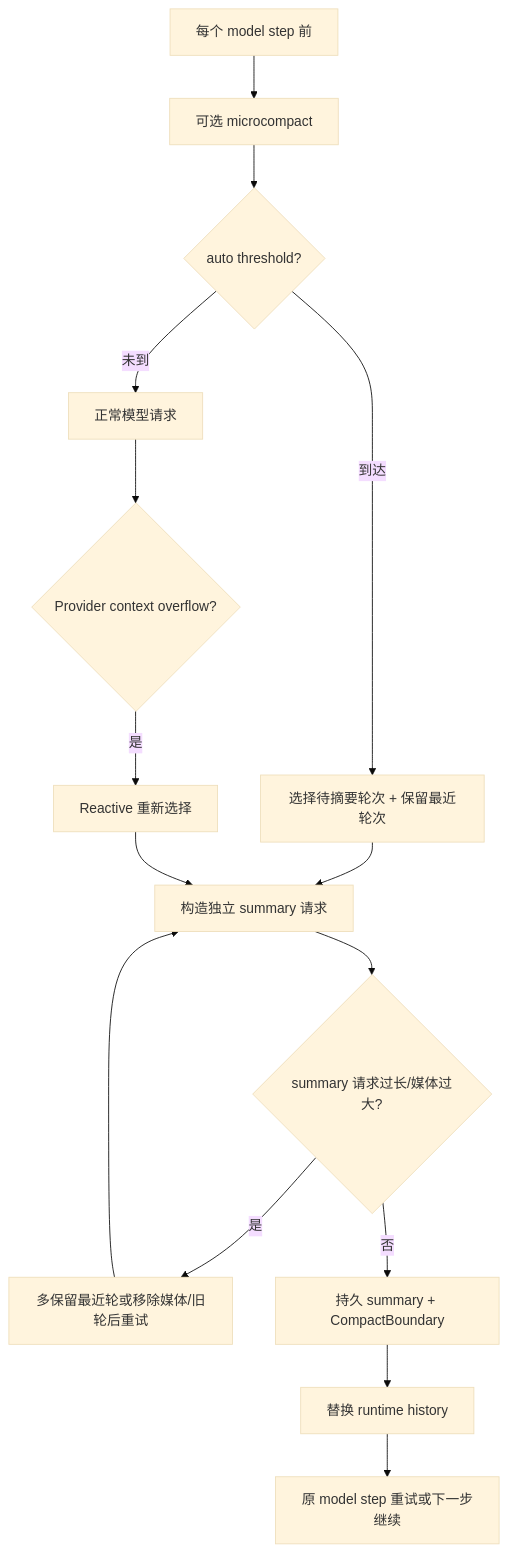
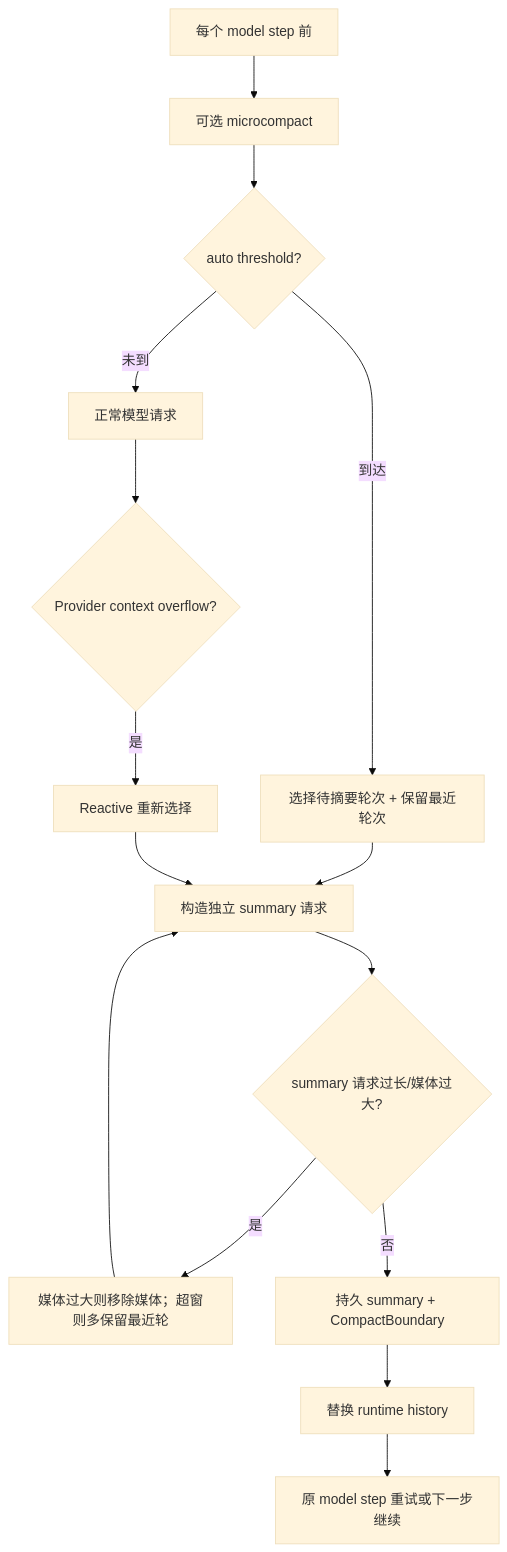
One commit to tao2years/ZCode_Analysis changed the diagram in research/code-agent/topics/b-compaction.md. Above: the diagram before and after it, drawn with Mermaid (base theme). The commit also changed other lines of this file and 14 other files, not shown here.

````diff
--- a/research/code-agent/topics/b-compaction.md
+++ b/research/code-agent/topics/b-compaction.md
@@ -9,17 +9,17 @@
 ```mermaid
 flowchart TD
     A[每个 model step 前] --> B[可选 microcompact]
     B --> C{auto threshold?}
     C -->|未到| D[正常模型请求]
     C -->|到达| E[选择待摘要轮次 + 保留最近轮次]
     D --> F{Provider context overflow?}
     F -->|是| E2[Reactive 重新选择]
     E --> G[构造独立 summary 请求]
     E2 --> G
     G --> H{summary 请求过长/媒体过大?}
-    H -->|是| I[多保留最近轮或移除媒体/旧轮后重试]
+    H -->|是| I[媒体过大则移除媒体；超窗则多保留最近轮]
     I --> G
     H -->|否| J[持久 summary + CompactBoundary]
     J --> K[替换 runtime history]
     K --> L[原 model step 重试或下一步继续]
 ```
````
